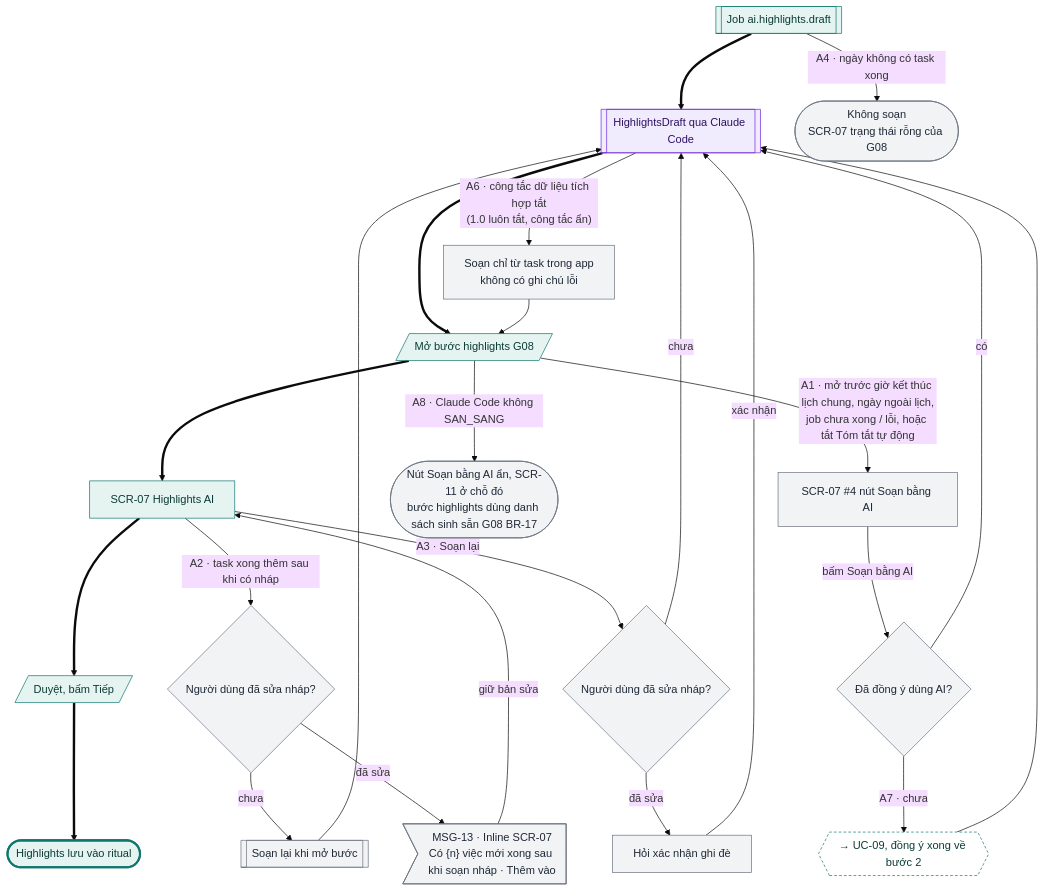
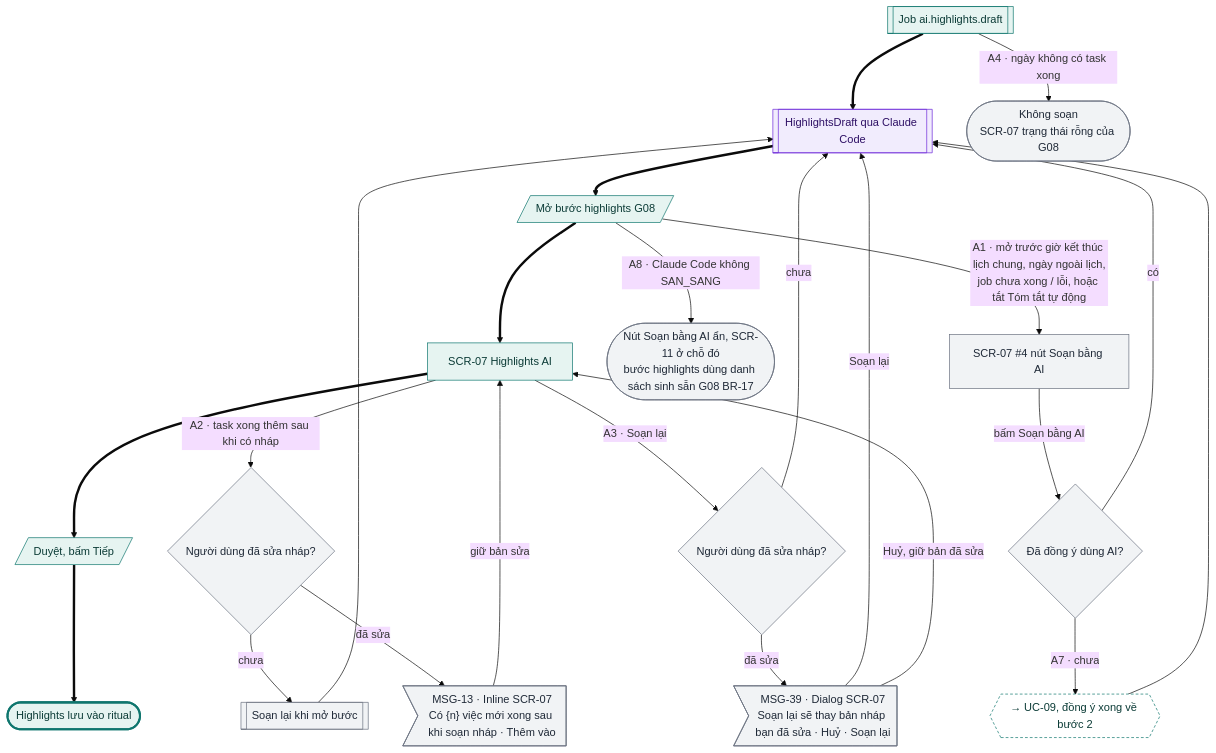
Before and after one commit to tannguyenho/personal-app: diagram 14 of 29 in docs/design-brief/flow/g10-tro-ly-ai.md, drawn with Mermaid (base theme). The commit also changed other lines of this file and 6 other files, not shown here.

First line of the commit message:
docs(G01, G10): áp quyết định PO 09/11 vào SRS, PRD, flow; IA trỏ mã mới

````diff
--- a/docs/design-brief/flow/g10-tro-ly-ai.md
+++ b/docs/design-brief/flow/g10-tro-ly-ai.md
@@ -631,44 +686,43 @@
 ```mermaid
 flowchart TD
   p1[["Job ai.highlights.draft"]]
   p2[["HighlightsDraft qua Claude Code"]]
   u1[/"Mở bước highlights G08"/]
   s1["SCR-07 Highlights AI"]
   u2[/"Duyệt, bấm Tiếp"/]
   ok(["Highlights lưu vào ritual"])
   p1 ==> p2 ==> u1 ==> s1 ==> u2 ==> ok
 
   p1 -->|"A4 · ngày không có task xong"| a4(["Không soạn<br/>SCR-07 trạng thái rỗng của G08"])
-  p2 -->|"A6 · công tắc dữ liệu tích hợp tắt<br/>(1.0 luôn tắt, công tắc ẩn)"| a6["Soạn chỉ từ task trong app<br/>không có ghi chú lỗi"]
-  a6 --> u1
   u1 -->|"A1 · mở trước giờ kết thúc lịch chung, ngày ngoài lịch,<br/>job chưa xong / lỗi, hoặc tắt Tóm tắt tự động"| a1["SCR-07 #4 nút Soạn bằng AI"]
   a1 -->|"bấm Soạn bằng AI"| d1{"Đã đồng ý dùng AI?"}
   d1 -->|"có"| p2
   d1 -->|"A7 · chưa"| a7{{"→ UC-09, đồng ý xong về bước 2"}}
   a7 --> p2
   u1 -->|"A8 · Claude Code không SAN_SANG"| a8(["Nút Soạn bằng AI ẩn, SCR-11 ở chỗ đó<br/>bước highlights dùng danh sách sinh sẵn G08 BR-17"])
   s1 -->|"A2 · task xong thêm sau khi có nháp"| d2{"Người dùng đã sửa nháp?"}
   d2 -->|"chưa"| a2r[["Soạn lại khi mở bước"]]
   a2r --> p2
   d2 -->|"đã sửa"| a2m>"MSG-13 · Inline SCR-07<br/>Có {n} việc mới xong sau khi soạn nháp · Thêm vào"]
   a2m -->|"giữ bản sửa"| s1
   s1 -->|"A3 · Soạn lại"| d3{"Người dùng đã sửa nháp?"}
   d3 -->|"chưa"| p2
-  d3 -->|"đã sửa"| a3["Hỏi xác nhận ghi đè"]
-  a3 -->|"xác nhận"| p2
+  d3 -->|"đã sửa"| a3>"MSG-39 · Dialog SCR-07<br/>Soạn lại sẽ thay bản nháp bạn đã sửa · Huỷ · Soạn lại"]
+  a3 -->|"Soạn lại"| p2
+  a3 -->|"Huỷ, giữ bản đã sửa"| s1
 
   class p1,u1,s1,u2 happy
   class p2 ai
-  class a4,a6,a1,d1,a8,d2,a2r,a2m,d3,a3 alt
+  class a4,a1,d1,a8,d2,a2r,a2m,d3,a3 alt
   class a7 link
   class ok done
   classDef happy fill:#E6F4F1,stroke:#0F766E,color:#0B3B36
   classDef alt fill:#F1F3F5,stroke:#6B7280,color:#1F2937
   classDef err fill:#FDECEC,stroke:#B42318,color:#5C1010
   classDef warn fill:#FEF4E2,stroke:#B45309,color:#4A2604
   classDef ai fill:#F1ECFD,stroke:#6D28D9,color:#2E1065
   classDef sync fill:#FFFFFF,stroke:#6B7280,stroke-dasharray:4 3,color:#1F2937
   classDef link fill:#FFFFFF,stroke:#0F766E,stroke-dasharray:4 3,color:#0B3B36
   classDef done fill:#E6F4F1,stroke:#0F766E,stroke-width:3px,color:#0B3B36
   classDef fail fill:#FDECEC,stroke:#B42318,stroke-width:3px,color:#5C1010
 ```
````
